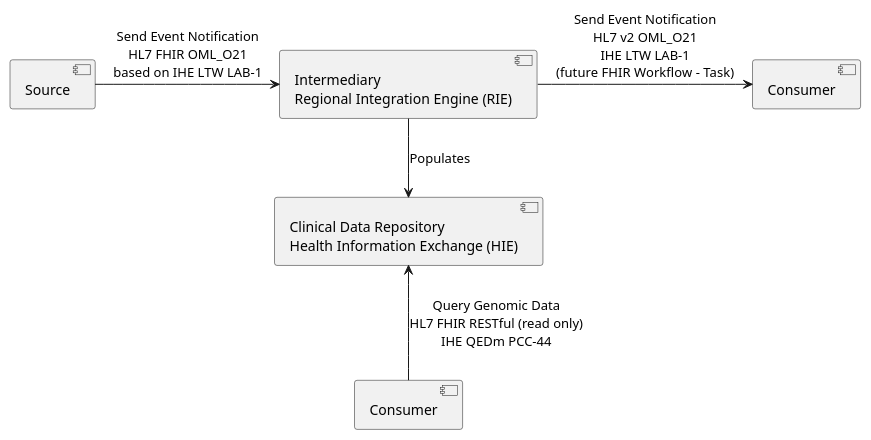
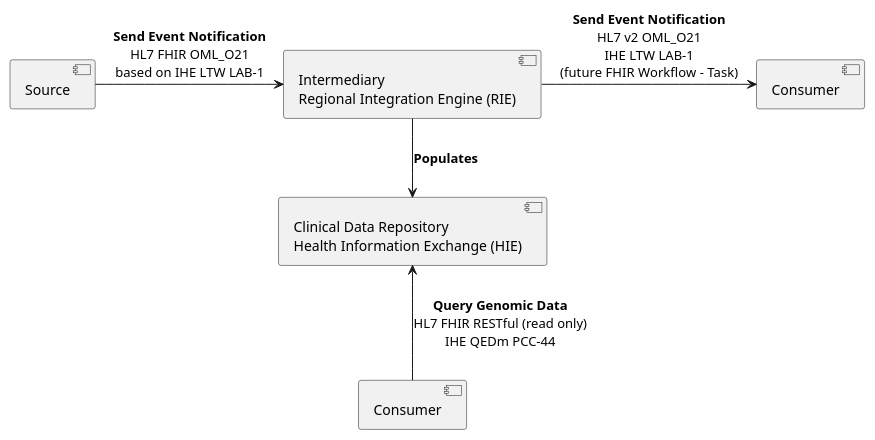
The diagram in input/images-source/architecture-laboratory-order.plantuml (uk-gov-mirror/nw-gmsa.nw-gmsa.github.com), drawn with PlantUML before and after one commit. The commit also changed 1 other file, not shown here.

```diff
--- a/input/images-source/architecture-laboratory-order.plantuml
+++ b/input/images-source/architecture-laboratory-order.plantuml
@@ -1,15 +1,15 @@
 @startuml
 
  component "Source" as LIMS
  component "Consumer" as EPR
  component "Consumer" as HIE
  component "Intermediary\nRegional Integration Engine (RIE)" as TIE
  component "Clinical Data Repository\nHealth Information Exchange (HIE)" as CDR
 
- LIMS -r-> TIE : Send Event Notification\nHL7 FHIR OML_O21\nbased on IHE LTW LAB-1
- TIE -r-> EPR: Send Event Notification\nHL7 v2 OML_O21\nIHE LTW LAB-1\n(future FHIR Workflow - Task)
- TIE -d-> CDR: Populates
- HIE -u-> CDR: Query Genomic Data\nHL7 FHIR RESTful (read only)\nIHE QEDm PCC-44
+ LIMS -r-> TIE : **Send Event Notification**\nHL7 FHIR OML_O21\nbased on IHE LTW LAB-1
+ TIE -r-> EPR: **Send Event Notification**\nHL7 v2 OML_O21\nIHE LTW LAB-1\n(future FHIR Workflow - Task)
+ TIE -d-> CDR: **Populates**
+ HIE -u-> CDR: **Query Genomic Data**\nHL7 FHIR RESTful (read only)\nIHE QEDm PCC-44
 
 
 @enduml
```
